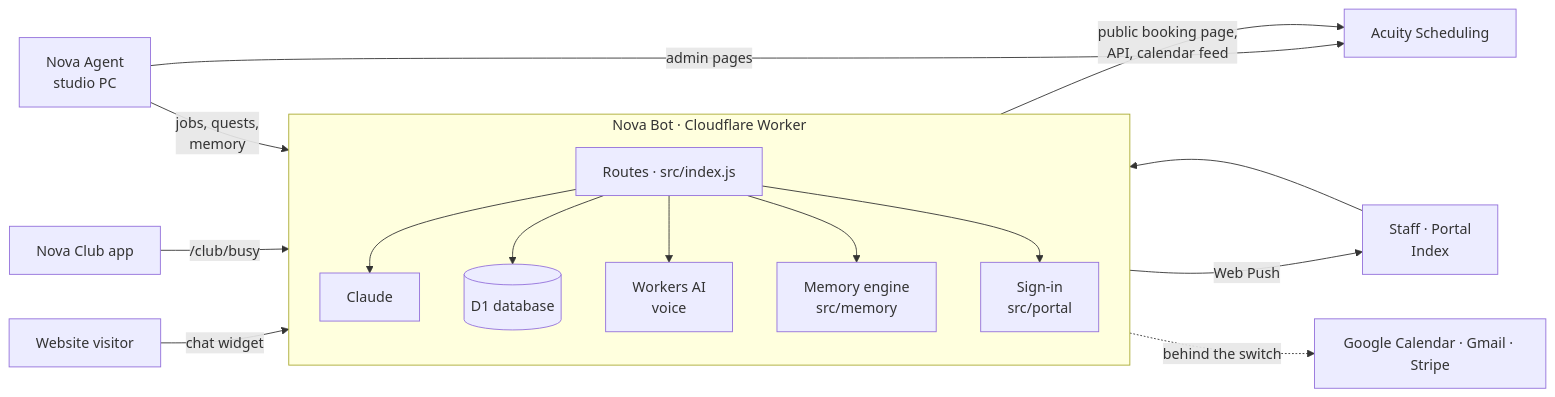
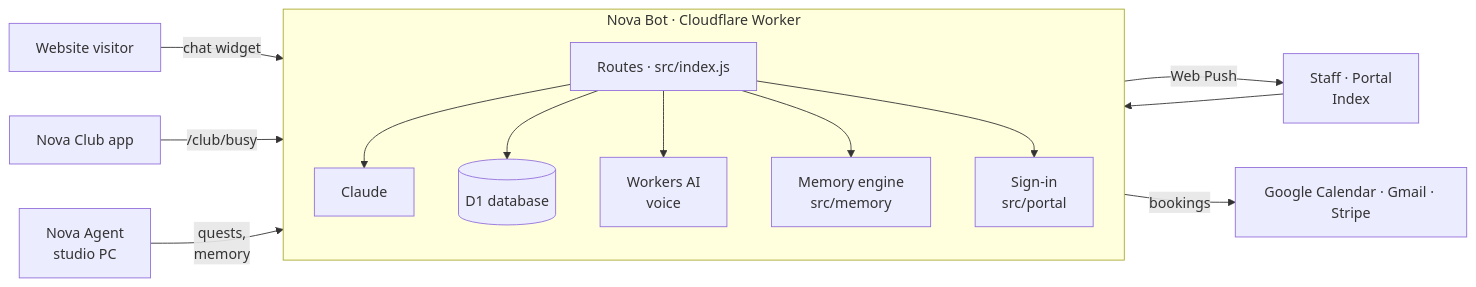
The diagram in README.md (tuniveza/nova-bot), drawn with Mermaid before and after one commit. The commit also changed other lines of this file and 68 other files, not shown here.

````diff
--- a/README.md
+++ b/README.md
@@ -236,18 +236,16 @@
 ```mermaid
 flowchart LR
     V[Website visitor] -->|chat widget| W
     S[Staff · Portal<br/>Index] --> W
     C[Nova Club app] -->|/club/busy| W
     subgraph W[Nova Bot · Cloudflare Worker]
       R[Routes · src/index.js] --> CL[Claude]
       R --> DB[(D1 database)]
       R --> AI[Workers AI<br/>voice]
       R --> MEM[Memory engine<br/>src/memory]
       R --> PO[Sign-in<br/>src/portal]
     end
-    W -->|public booking page,<br/>API, calendar feed| A[Acuity Scheduling]
-    NA[Nova Agent<br/>studio PC] -->|jobs, quests,<br/>memory| W
-    NA -->|admin pages| A
+    NA[Nova Agent<br/>studio PC] -->|quests,<br/>memory| W
     W -->|Web Push| S
-    W -.->|behind the switch| G[Google Calendar · Gmail · Stripe]
+    W -->|bookings| G[Google Calendar · Gmail · Stripe]
 ```
````
